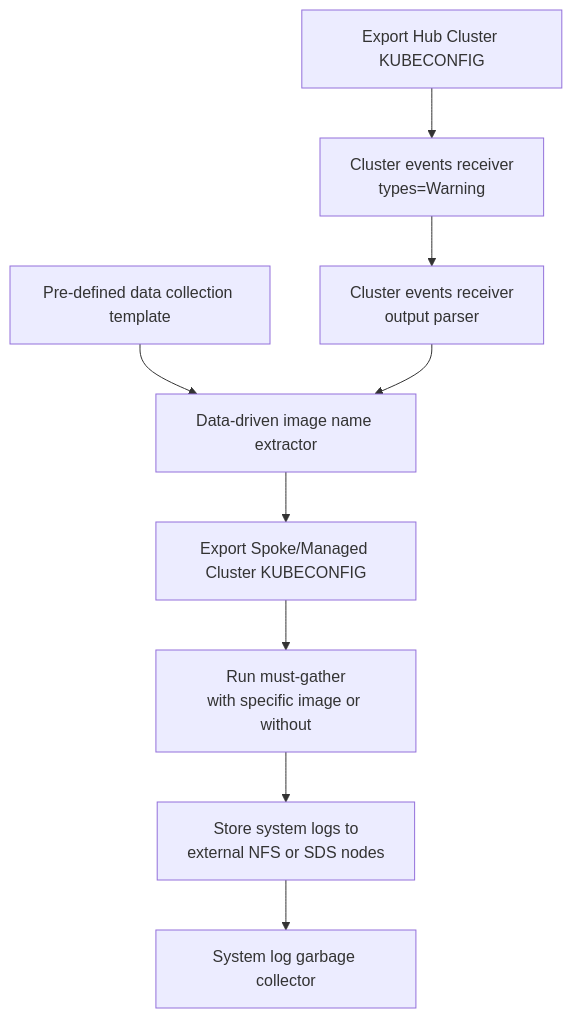
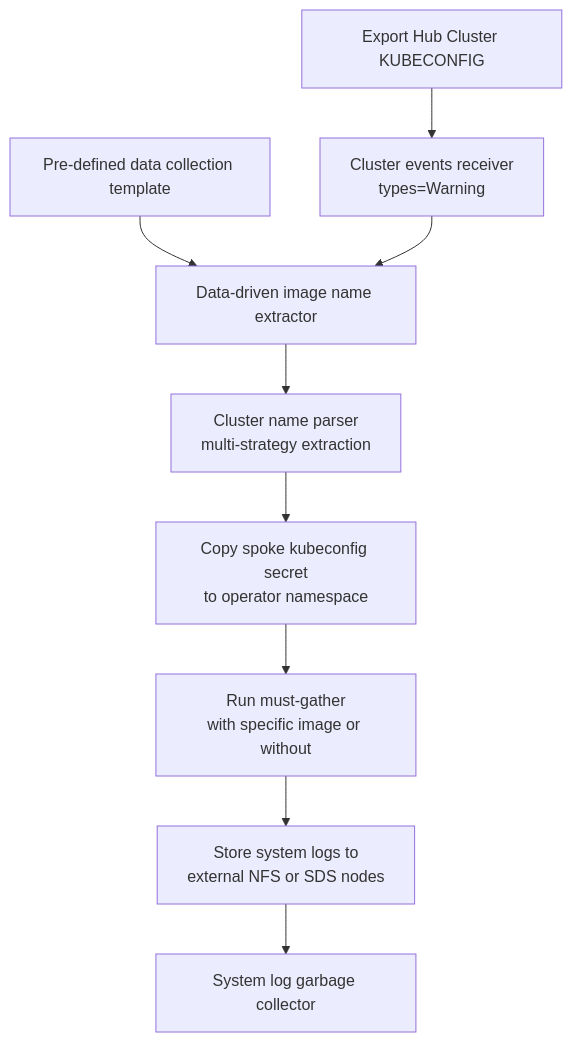
Before and after one commit to mpmaruthu/event-driven-diagnostic-operator: the first of 3 diagrams in README.md, drawn with Mermaid. The commit also changed other lines of this file, not shown here.

````diff
--- a/README.md
+++ b/README.md
@@ -73,22 +74,22 @@
 ```mermaid
 flowchart TB
     Template[Pre-defined data collection template]
     
     HubKubeconfig[Export Hub Cluster KUBECONFIG]
     EventReceiver[Cluster events receiver<br/>types=Warning]
-    OutputParser[Cluster events receiver<br/>output parser]
     ImageExtractor[Data-driven image name extractor]
-    SpokeKubeconfig[Export Spoke/Managed Cluster KUBECONFIG]
+    OutputParser[Cluster name parser<br/>multi-strategy extraction]
+    CopySecret[Copy spoke kubeconfig secret<br/>to operator namespace]
     MustGather[Run must-gather<br/>with specific image or without]
     StoreLog[Store system logs to<br/>external NFS or SDS nodes]
     GarbageCollector[System log garbage collector]
     
     Template --> ImageExtractor
     HubKubeconfig --> EventReceiver
-    EventReceiver --> OutputParser
-    OutputParser --> ImageExtractor
-    ImageExtractor --> SpokeKubeconfig
-    SpokeKubeconfig --> MustGather
+    EventReceiver --> ImageExtractor
+    ImageExtractor --> OutputParser
+    OutputParser --> CopySecret
+    CopySecret --> MustGather
     MustGather --> StoreLog
     StoreLog --> GarbageCollector
 ```
````
